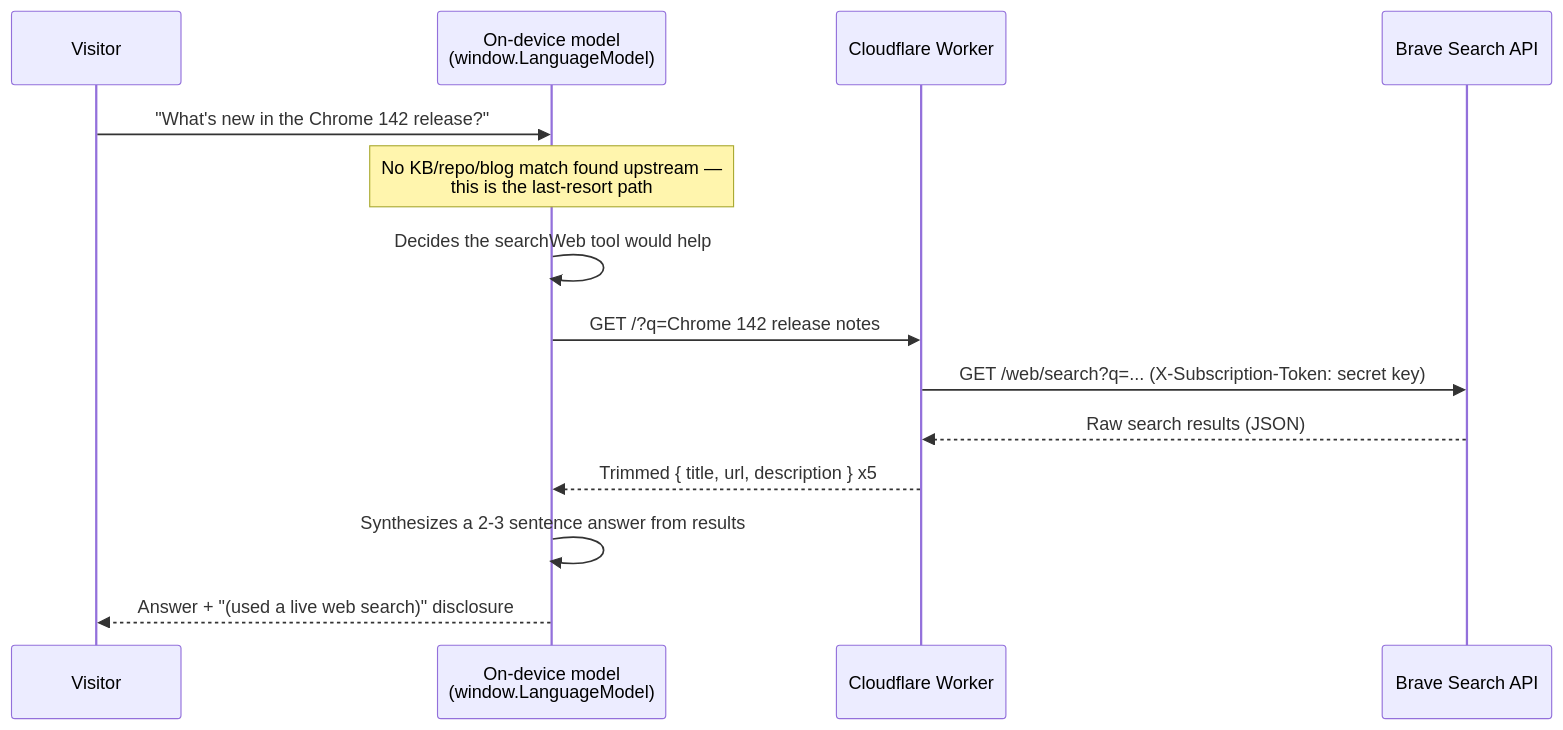
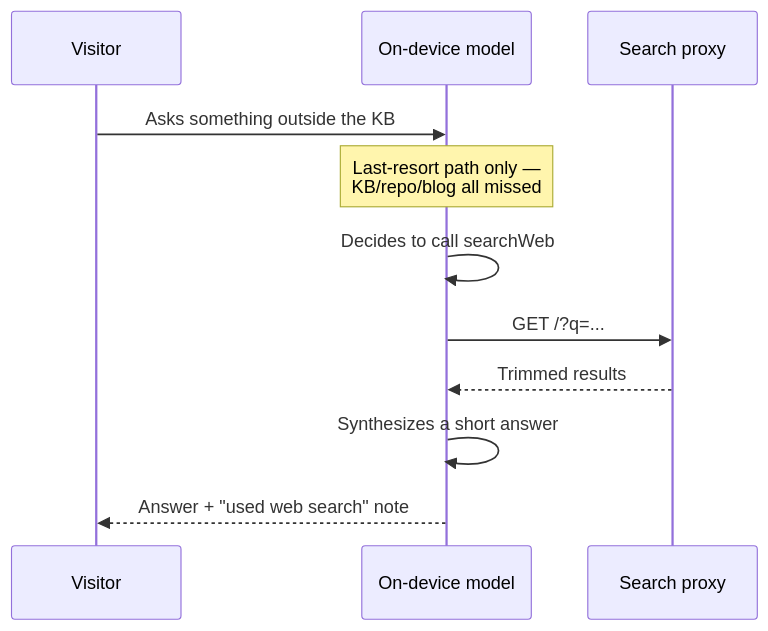
The second of 2 diagrams in _posts/2026-09-25-web-grounded-chatbot-chrome-on-device-ai-cloudflare-worker.md (veeresh-bikkaneti/techtalkwith-veeresh), drawn with Mermaid before and after one commit. The commit also changed other lines of this file and 1 other file, not shown here.

First line of the commit message:
Fix web-grounded-answers post: only claim what was verified + code block readability (#24)

````diff
--- a/_posts/2026-09-25-web-grounded-chatbot-chrome-on-device-ai-cloudflare-worker.md
+++ b/_posts/2026-09-25-web-grounded-chatbot-chrome-on-device-ai-cloudflare-worker.md
@@ -145,17 +99,13 @@
 ```mermaid
 sequenceDiagram
     participant V as Visitor
-    participant M as On-device model<br/>(window.LanguageModel)
-    participant W as Cloudflare Worker
-    participant B as Brave Search API
-
-    V->>M: "What's new in the Chrome 142 release?"
-    Note over M: No KB/repo/blog match found upstream —<br/>this is the last-resort path
-    M->>M: Decides the searchWeb tool would help
-    M->>W: GET /?q=Chrome 142 release notes
-    W->>B: GET /web/search?q=... (X-Subscription-Token: secret key)
-    B-->>W: Raw search results (JSON)
-    W-->>M: Trimmed { title, url, description } x5
-    M->>M: Synthesizes a 2-3 sentence answer from results
-    M-->>V: Answer + "(used a live web search)" disclosure
+    participant M as On-device model
+    participant P as Search proxy
+    V->>M: Asks something outside the KB
+    Note over M: Last-resort path only —<br/>KB/repo/blog all missed
+    M->>M: Decides to call searchWeb
+    M->>P: GET /?q=...
+    P-->>M: Trimmed results
+    M->>M: Synthesizes a short answer
+    M-->>V: Answer + "used web search" note
 ```
````
